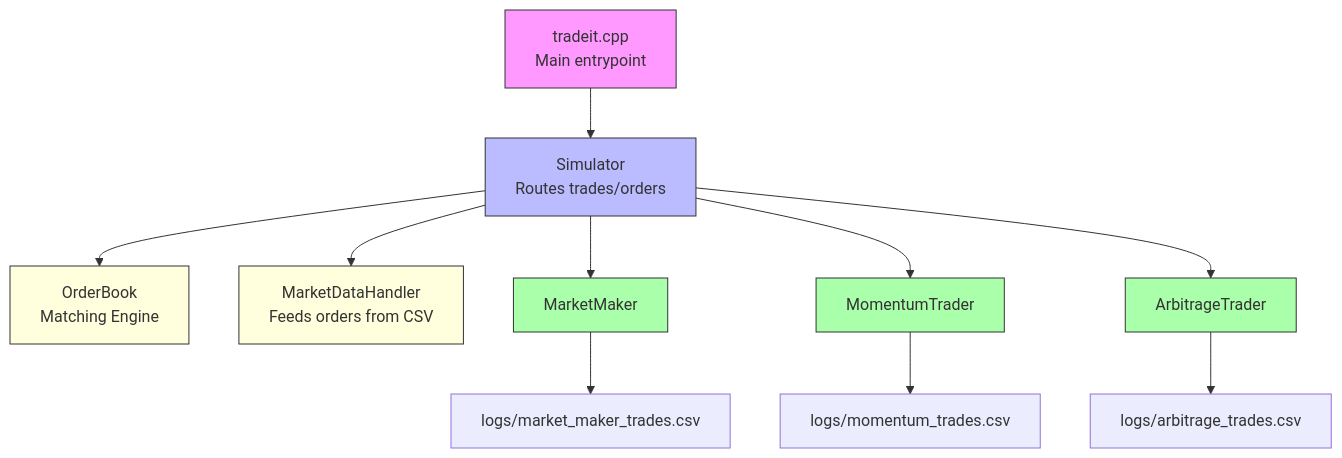
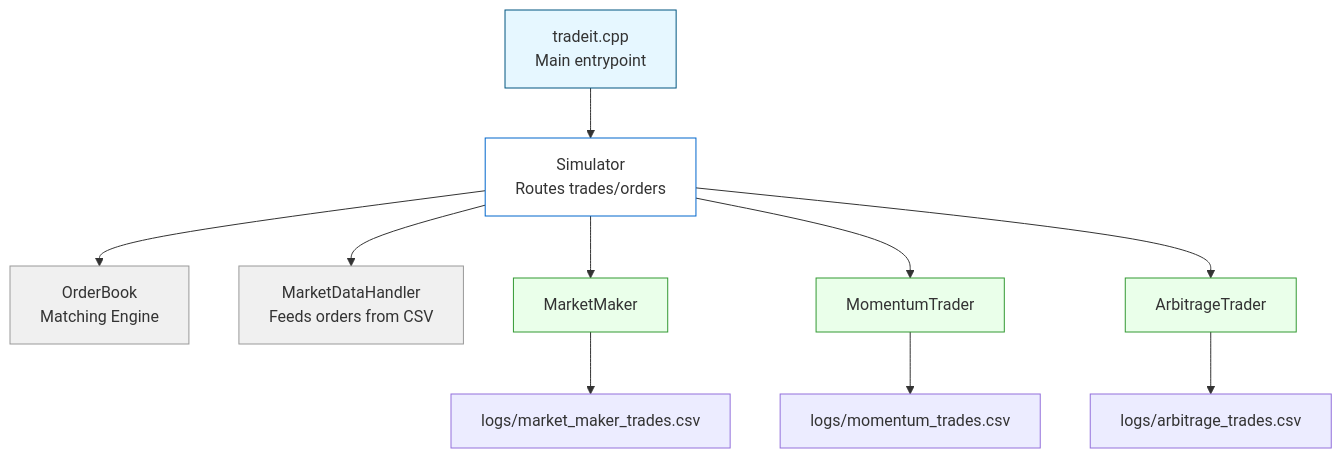
The first of 2 diagrams in README.md (sarihammad/tradeit), drawn with Mermaid before and after one commit. The commit also changed other lines of this file, not shown here.

````diff
--- a/README.md
+++ b/README.md
@@ -21,23 +21,23 @@
 ```mermaid
 graph TD
 
     A[tradeit.cpp<br>Main entrypoint] --> B[Simulator<br>Routes trades/orders]
     B --> C[OrderBook<br>Matching Engine]
     B --> D[MarketDataHandler<br>Feeds orders from CSV]
 
     B --> E1[MarketMaker]
     B --> E2[MomentumTrader]
     B --> E3[ArbitrageTrader]
 
     E1 --> F1[logs/market_maker_trades.csv]
     E2 --> F2[logs/momentum_trades.csv]
     E3 --> F3[logs/arbitrage_trades.csv]
 
-    style A fill:#f9f,stroke:#333,stroke-width:1px
-    style B fill:#bbf,stroke:#333
-    style C fill:#ffd,stroke:#333
-    style D fill:#ffd,stroke:#333
-    style E1 fill:#afa,stroke:#333
-    style E2 fill:#afa,stroke:#333
-    style E3 fill:#afa,stroke:#333
+    style A fill:#e6f7ff,stroke:#005580,stroke-width:1px
+    style B fill:#ffffff,stroke:#0066cc,stroke-width:1px
+    style C fill:#f0f0f0,stroke:#999999,stroke-width:1px
+    style D fill:#f0f0f0,stroke:#999999,stroke-width:1px
+    style E1 fill:#eaffea,stroke:#339933,stroke-width:1px
+    style E2 fill:#eaffea,stroke:#339933,stroke-width:1px
+    style E3 fill:#eaffea,stroke:#339933,stroke-width:1px
 ```
````
